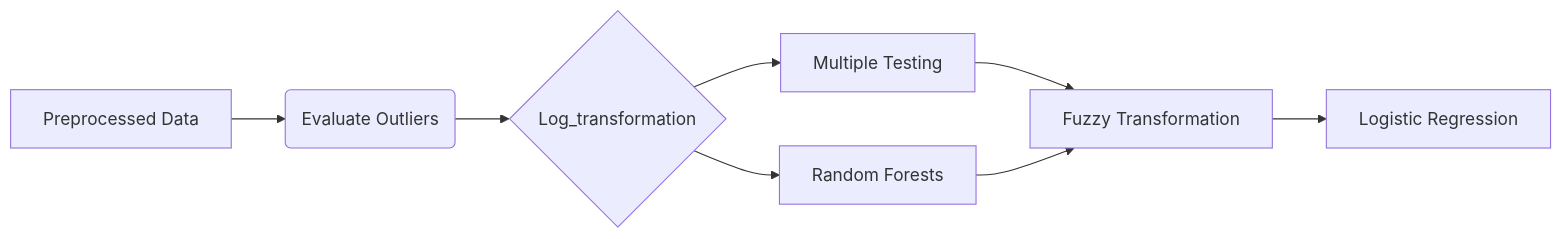
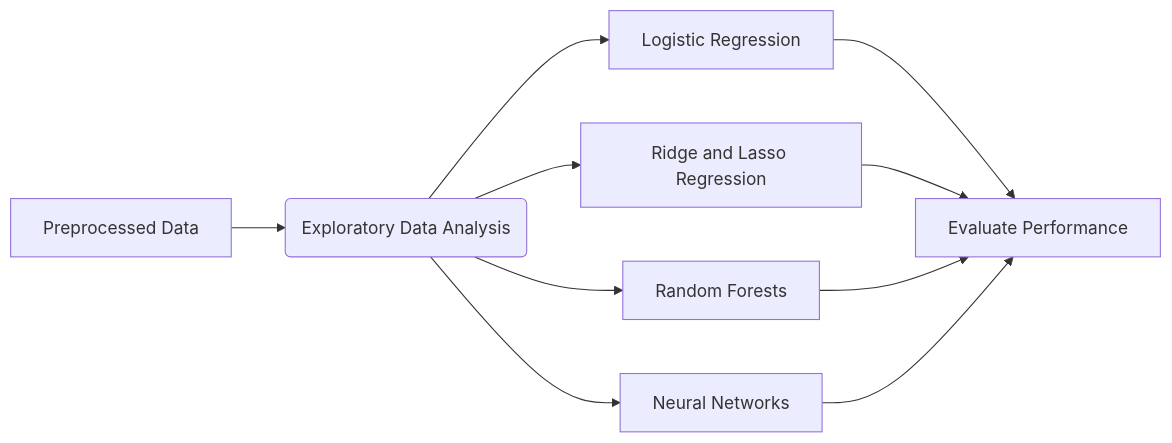
Before and after one commit to TheApocalypseCow/ML-final-project: the diagram in report/report.qmd, drawn with Mermaid. The commit also changed other lines of this file and 99 other files, not shown here.

````diff
--- a/report/report.qmd
+++ b/report/report.qmd
@@ -81,10 +45,12 @@
 ```{mermaid}
 flowchart LR
-  A[Preprocessed Data] --> B(Evaluate Outliers)
-  B --> C{Log_transformation}
-  C --> D[Multiple Testing]
-  C --> E[Random Forests]
-  D --> F[Fuzzy Transformation]
-  E --> F
-  F --> G[Logistic Regression]
+  A[Preprocessed Data] --> B(Exploratory Data Analysis)
+  B --> C[Logistic Regression]
+  B --> D[Ridge and Lasso Regression]
+  B --> E[Random Forests]
+  B --> F[Neural Networks]
+  C --> G[Evaluate Performance]
+  D --> G
+  E --> G
+  F --> G
 ```
````
